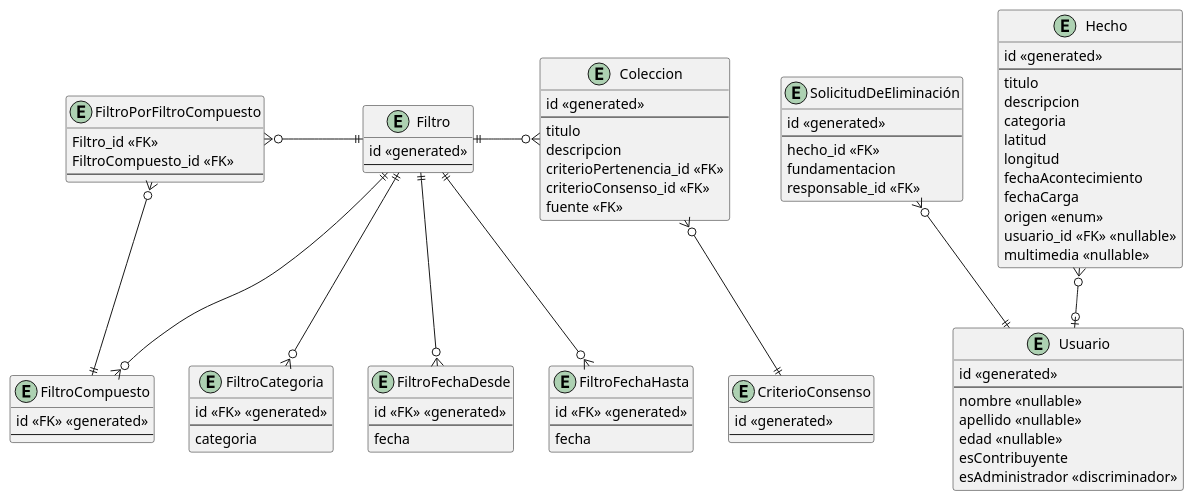
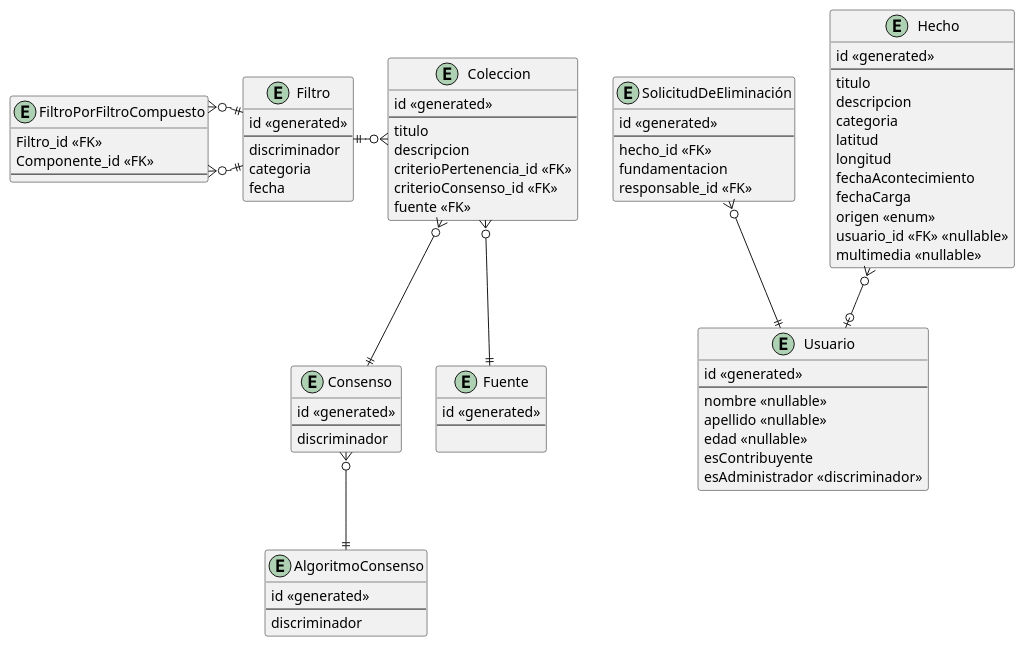
One commit to lrizzitano/Metamapa changed the diagram in diagramas/diagrama-relacional.puml. Above: the diagram before and after it, drawn with PlantUML.

Commit message:
continuo diagrama relacional

```diff
--- a/diagramas/diagrama-relacional.puml
+++ b/diagramas/diagrama-relacional.puml
@@ -1,104 +1,97 @@
 @startuml
 
 ' Single Table Usuario - Administrador
 entity Usuario {
     id <<generated>>
     --
     nombre <<nullable>>
     apellido <<nullable>>
     edad <<nullable>>
     esContribuyente
     esAdministrador <<discriminador>>
 }
 
 entity SolicitudDeEliminación {
     id <<generated>>
     --
     hecho_id <<FK>>
     fundamentacion
     responsable_id <<FK>>
 }
 
 entity Hecho {
     id <<generated>>
     --
     titulo
     descripcion
     categoria
     latitud
     longitud
     fechaAcontecimiento
     fechaCarga
     origen <<enum>>
     'Cambiar el nombre para diferenciarlo del de la clase??
     usuario_id <<FK>> <<nullable>>
     multimedia <<nullable>>
 }
 
 entity Coleccion {
     id <<generated>>
     --
     titulo
     descripcion
     criterioPertenencia_id <<FK>>
     criterioConsenso_id <<FK>>
     fuente <<FK>>
 }
 
-entity CriterioConsenso {
+entity Consenso {
     id <<generated>>
     --
+    discriminador
 }
 
+entity AlgoritmoConsenso {
+    id <<generated>>
+    --
+    discriminador
+}
 
-
-' Joined entre Filtro y sus subtipos
 entity Filtro {
     id <<generated>>
     --
-}
-
-entity FiltroCompuesto {
-    id <<FK>> <<generated>>
-    --
-}
-
-entity FiltroCategoria {
-    id <<FK>> <<generated>>
-    --
+    discriminador
     categoria
-}
-
-entity FiltroFechaDesde {
-    id <<FK>> <<generated>>
-    --
-    fecha
-}
-
-entity FiltroFechaHasta {
-    id <<FK>> <<generated>>
-    --
     fecha
 }
 
 entity FiltroPorFiltroCompuesto {
     Filtro_id <<FK>>
-    FiltroCompuesto_id <<FK>>
+    Componente_id <<FK>>
     --
 }
 
+entity Fuente {
+    id <<generated>>
+    --
+
+}
 
 SolicitudDeEliminación }o--|| Usuario
 Hecho }o--o| Usuario
 
-Coleccion }o--|| CriterioConsenso
+Coleccion }o--|| Consenso
 Coleccion }o-l-|| Filtro
 
-Filtro ||--o{ FiltroCategoria
-Filtro ||--o{ FiltroFechaDesde
-Filtro ||--o{ FiltroFechaHasta
-Filtro ||--o{ FiltroCompuesto
+
 
 Filtro ||-l-o{ FiltroPorFiltroCompuesto
-FiltroCompuesto ||--o{ FiltroPorFiltroCompuesto
- @enduml
+Filtro ||--o{ FiltroPorFiltroCompuesto
+
+Consenso }o--|| AlgoritmoConsenso
+
+Coleccion }o--|| Fuente
+
+
+
+@enduml
```
